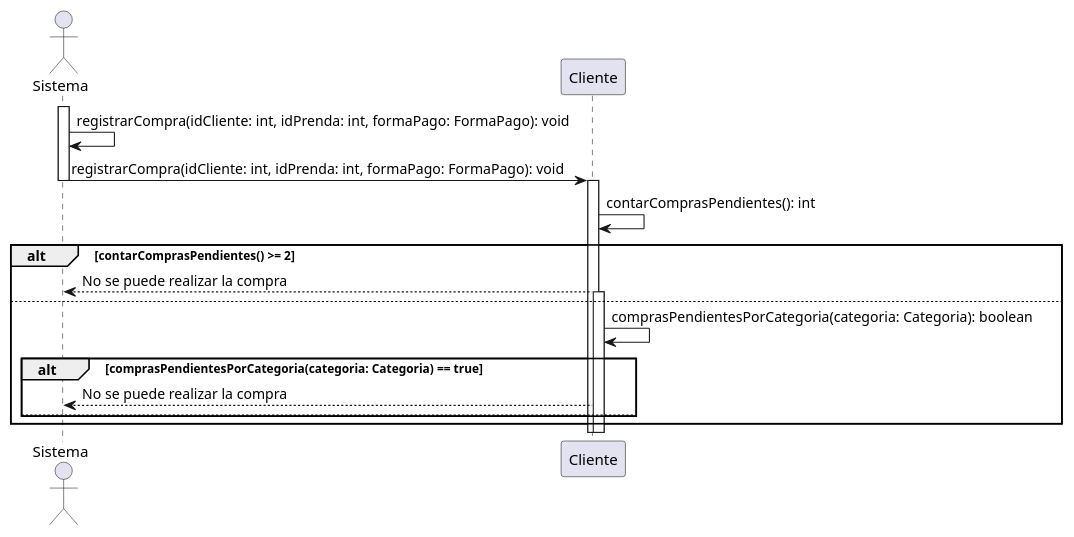
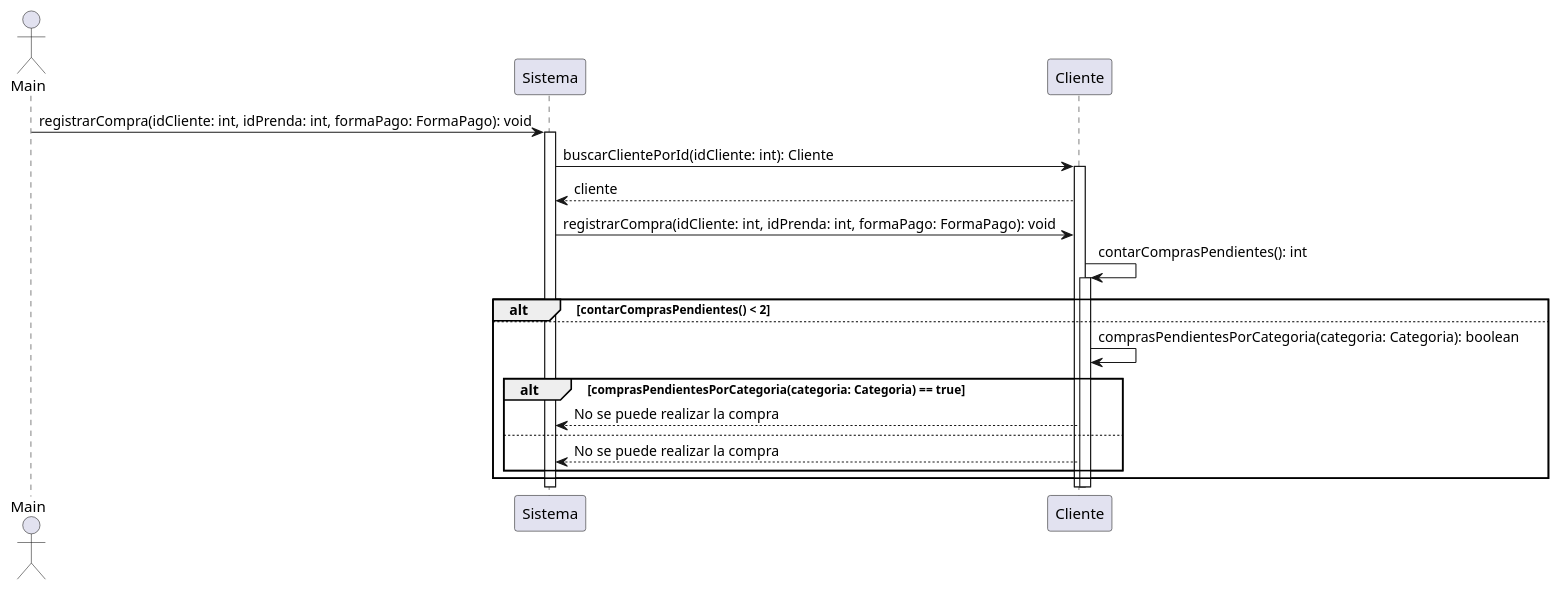
One commit to NicoVegaa/example changed the diagram in Diagrama_Secuenca_1_A.plantuml. Above: the diagram before and after it, drawn with PlantUML. The commit also changed 2 other files, not shown here.

```diff
--- a/Diagrama_Secuenca_1_A.plantuml
+++ b/Diagrama_Secuenca_1_A.plantuml
@@ -1,21 +1,24 @@
 @startuml
-actor Sistema
+actor Main
+Main -> Sistema: registrarCompra(idCliente: int, idPrenda: int, formaPago: FormaPago): void
 activate Sistema
-Sistema -> Sistema: registrarCompra(idCliente: int, idPrenda: int, formaPago: FormaPago): void
+Sistema -> Cliente: buscarClientePorId(idCliente: int): Cliente
+activate Cliente
+Cliente --> Sistema: cliente
 Sistema -> Cliente: registrarCompra(idCliente: int, idPrenda: int, formaPago: FormaPago): void
-deactivate Sistema
 
-activate Cliente
+
+
 Cliente -> Cliente: contarComprasPendientes(): int
-alt contarComprasPendientes() >= 2
-    Cliente --> Sistema: No se puede realizar la compra
+alt contarComprasPendientes() < 2
+    
 else
     activate Cliente
     Cliente -> Cliente: comprasPendientesPorCategoria(categoria: Categoria): boolean
     alt comprasPendientesPorCategoria(categoria: Categoria) == true
         Cliente --> Sistema: No se puede realizar la compra
     else
-
+        Cliente --> Sistema: No se puede realizar la compra
     end
 end
 @enduml
```
